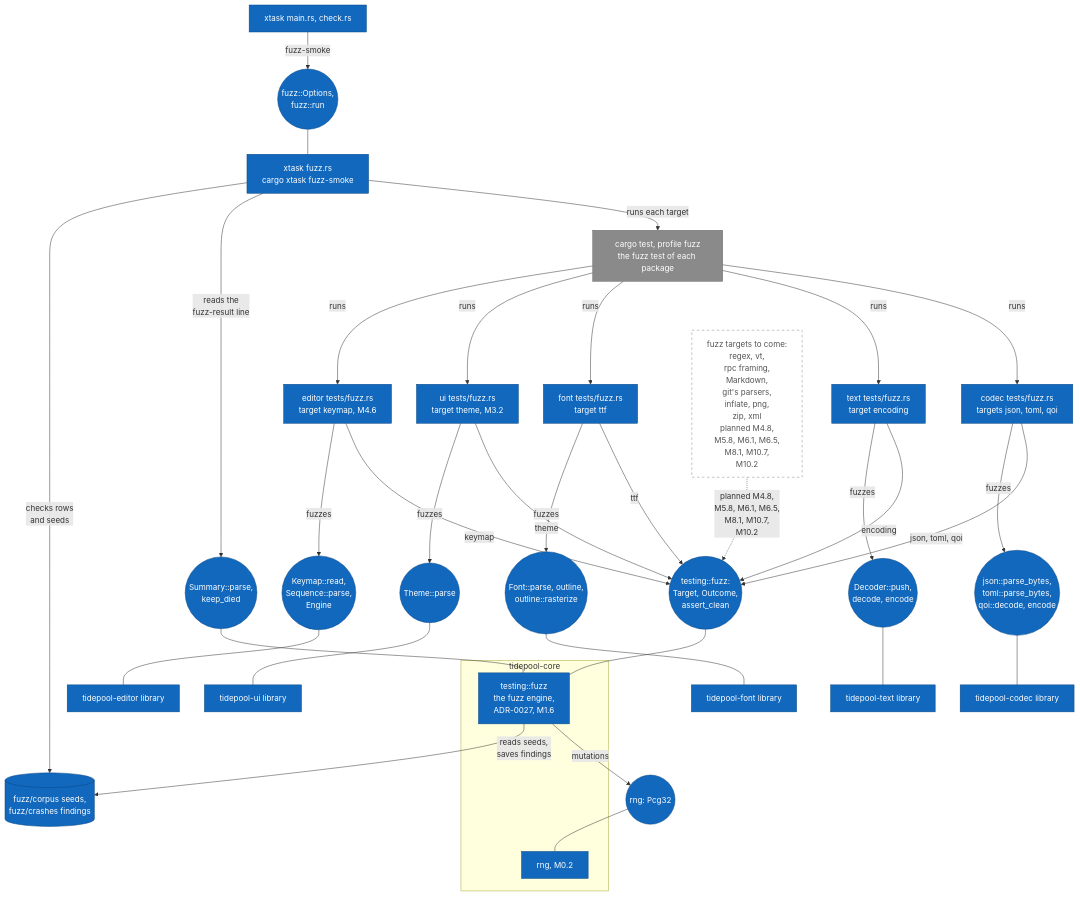
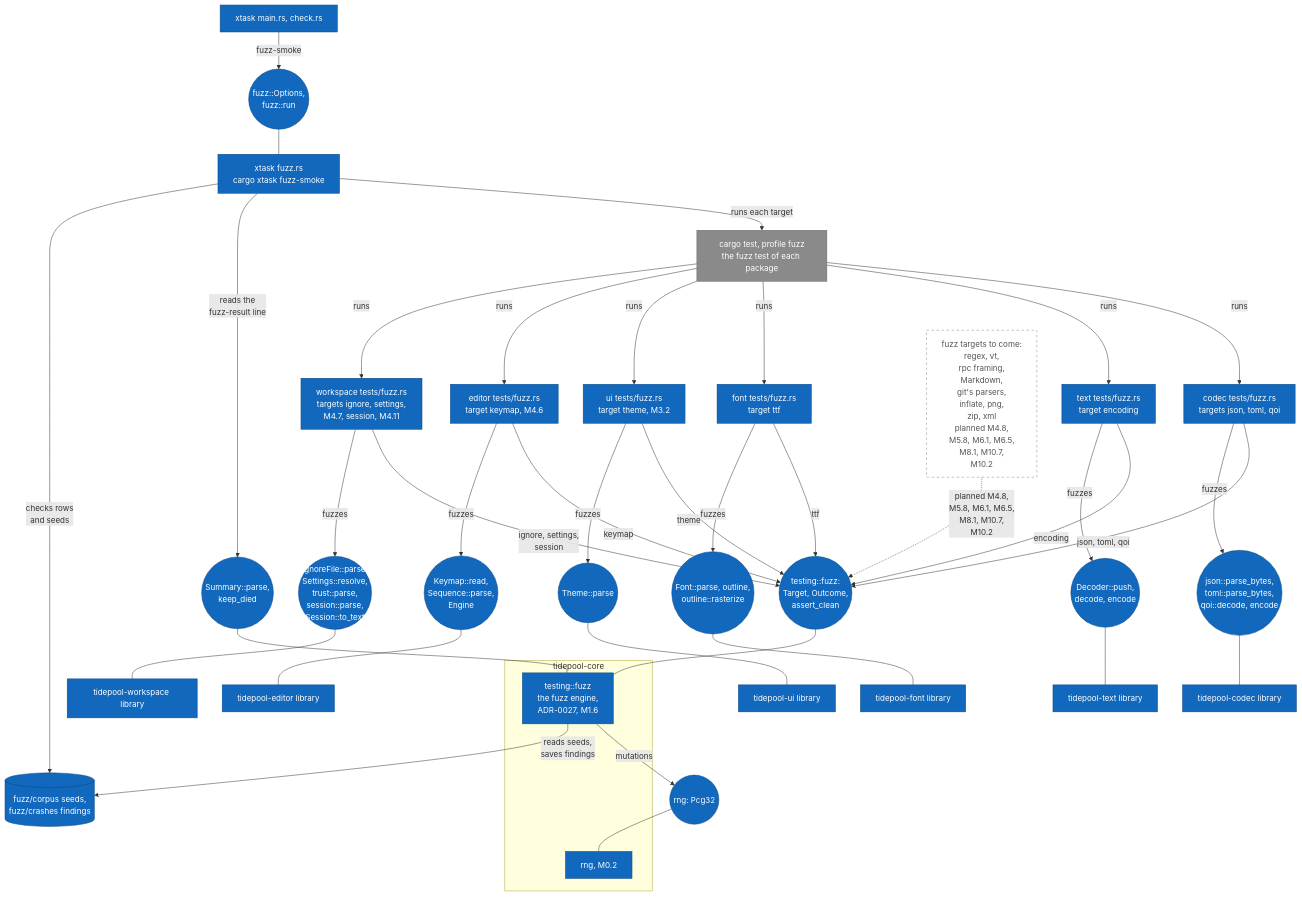
Before and after one commit to jabbott-iii/Tidepool: diagram 20 of 21 in diagrams/component-diagrams.md, drawn with Mermaid. The commit also changed other lines of this file and 50 other files, not shown here.

First line of the commit message:
feat(workspace,text): buffers, file tree and sessions (M4.11, ADR-0069)

```diff
--- a/diagrams/component-diagrams.md
+++ b/diagrams/component-diagrams.md
@@ -1266,6 +1278,7 @@
     c_ffz["font tests/fuzz.rs<br/>target ttf"]
     c_ufz["ui tests/fuzz.rs<br/>target theme, M3.2"]
     c_efz["editor tests/fuzz.rs<br/>target keymap, M4.6"]
+    c_wfz["workspace tests/fuzz.rs<br/>targets ignore, settings,<br/>M4.7, session, M4.11"]
     c_more["fuzz targets to come:<br/>regex, vt,<br/>rpc framing,<br/>Markdown,<br/>git's parsers,<br/>inflate, png,<br/>zip, xml<br/>planned M4.8,<br/>M5.8, M6.1, M6.5,<br/>M8.1, M10.7,<br/>M10.2"]
 
     i_target(("testing::fuzz:<br/>Target, Outcome,<br/>assert_clean"))
@@ -1275,6 +1288,7 @@
     i_fparse(("Font::parse, outline,<br/>outline::rasterize"))
     i_uparse(("Theme::parse"))
     i_kparse(("Keymap::read,<br/>Sequence::parse,<br/>Engine"))
+    i_wparse(("IgnoreFile::parse,<br/>Settings::resolve,<br/>trust::parse,<br/>session::parse,<br/>Session::to_text"))
 
     subgraph sg_core["tidepool-core"]
         c_engine["testing::fuzz<br/>the fuzz engine,<br/>ADR-0027, M1.6"]
@@ -1286,6 +1300,7 @@
     c_font["tidepool-font library"]
     c_ui["tidepool-ui library"]
     c_editorlib["tidepool-editor library"]
+    c_wslib["tidepool-workspace library"]
     f_corpus[("fuzz/corpus seeds,<br/>fuzz/crashes findings")]
 
     c_main -->|"fuzz-smoke"| i_fuzzrun
@@ -1296,6 +1311,7 @@
     e_cargo -->|"runs"| c_ffz
     e_cargo -->|"runs"| c_ufz
     e_cargo -->|"runs"| c_efz
+    e_cargo -->|"runs"| c_wfz
     c_fuzz -->|"reads the<br/>fuzz-result line"| i_summary
     c_fuzz -->|"checks rows<br/>and seeds"| f_corpus
 
@@ -1304,12 +1320,14 @@
     c_ffz -->|"ttf"| i_target
     c_ufz -->|"theme"| i_target
     c_efz -->|"keymap"| i_target
+    c_wfz -->|"ignore, settings,<br/>session"| i_target
     c_more -.->|"planned M4.8,<br/>M5.8, M6.1, M6.5,<br/>M8.1, M10.7,<br/>M10.2"| i_target
     c_cfz -->|"fuzzes"| i_cparse
     c_tfz -->|"fuzzes"| i_tdec
     c_ffz -->|"fuzzes"| i_fparse
     c_ufz -->|"fuzzes"| i_uparse
     c_efz -->|"fuzzes"| i_kparse
+    c_wfz -->|"fuzzes"| i_wparse
 
     i_target --- c_engine
     i_summary --- c_engine
@@ -1321,13 +1339,14 @@
     i_fparse --- c_font
     i_uparse --- c_ui
     i_kparse --- c_editorlib
+    i_wparse --- c_wslib
 
     classDef built fill:#1168bd,stroke:#0b4884,color:#ffffff
     classDef external fill:#8a8a8a,stroke:#6b6b6b,color:#ffffff
     classDef planned fill:#ffffff,stroke:#888888,stroke-dasharray: 5 5,color:#555555
     classDef store fill:#1168bd,stroke:#0b4884,color:#ffffff
-    class c_main,c_fuzz,c_cfz,c_tfz,c_ffz,c_ufz,c_efz,c_engine,c_rng,c_codec,c_text,c_font,c_ui,c_editorlib built
-    class i_fuzzrun,i_target,i_summary,i_pcg,i_cparse,i_tdec,i_fparse,i_uparse,i_kparse built
+    class c_main,c_fuzz,c_cfz,c_tfz,c_ffz,c_ufz,c_efz,c_wfz,c_engine,c_rng,c_codec,c_text,c_font,c_ui,c_editorlib,c_wslib built
+    class i_fuzzrun,i_target,i_summary,i_pcg,i_cparse,i_tdec,i_fparse,i_uparse,i_kparse,i_wparse built
     class c_more planned
     class e_cargo external
     class f_corpus store
```
